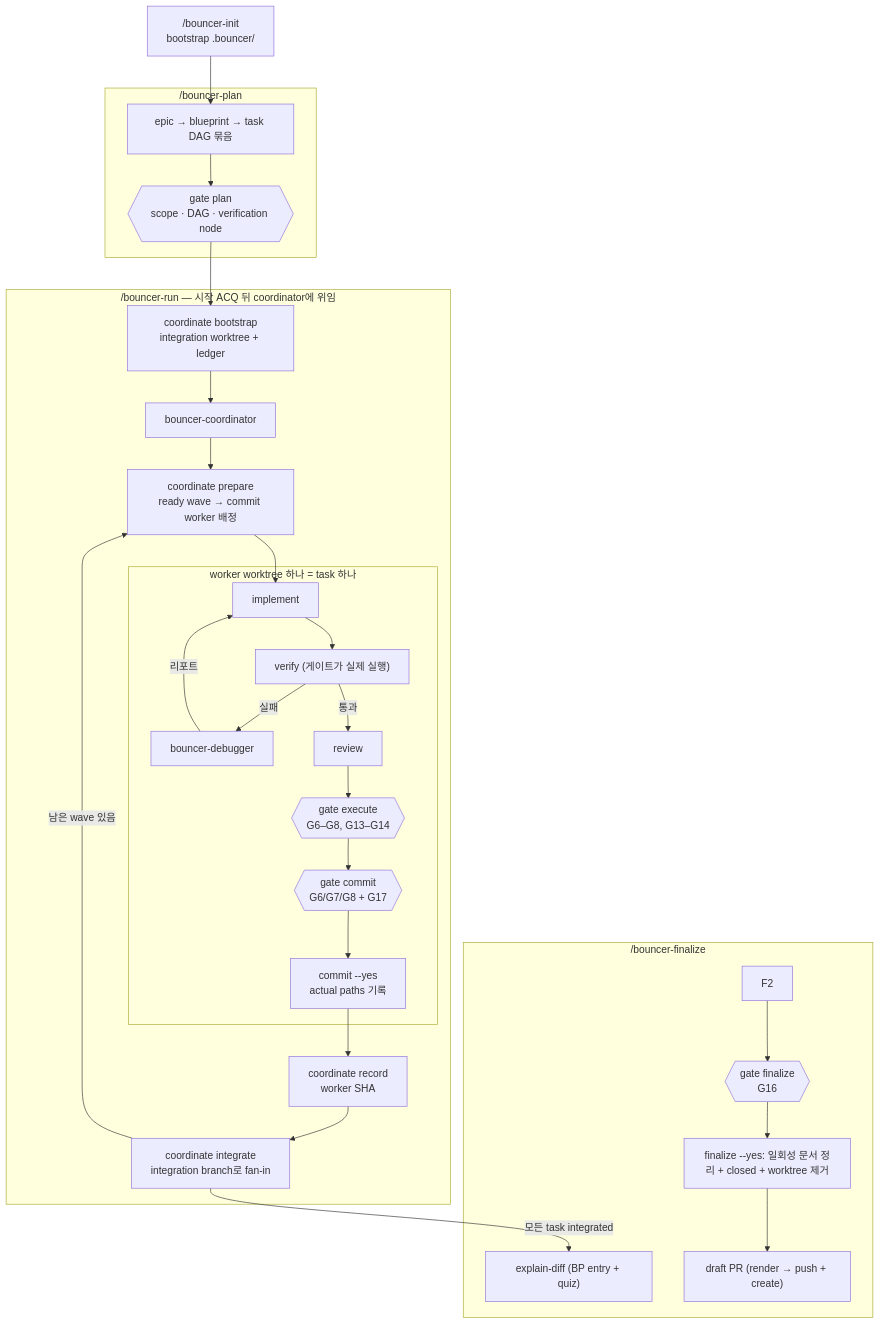
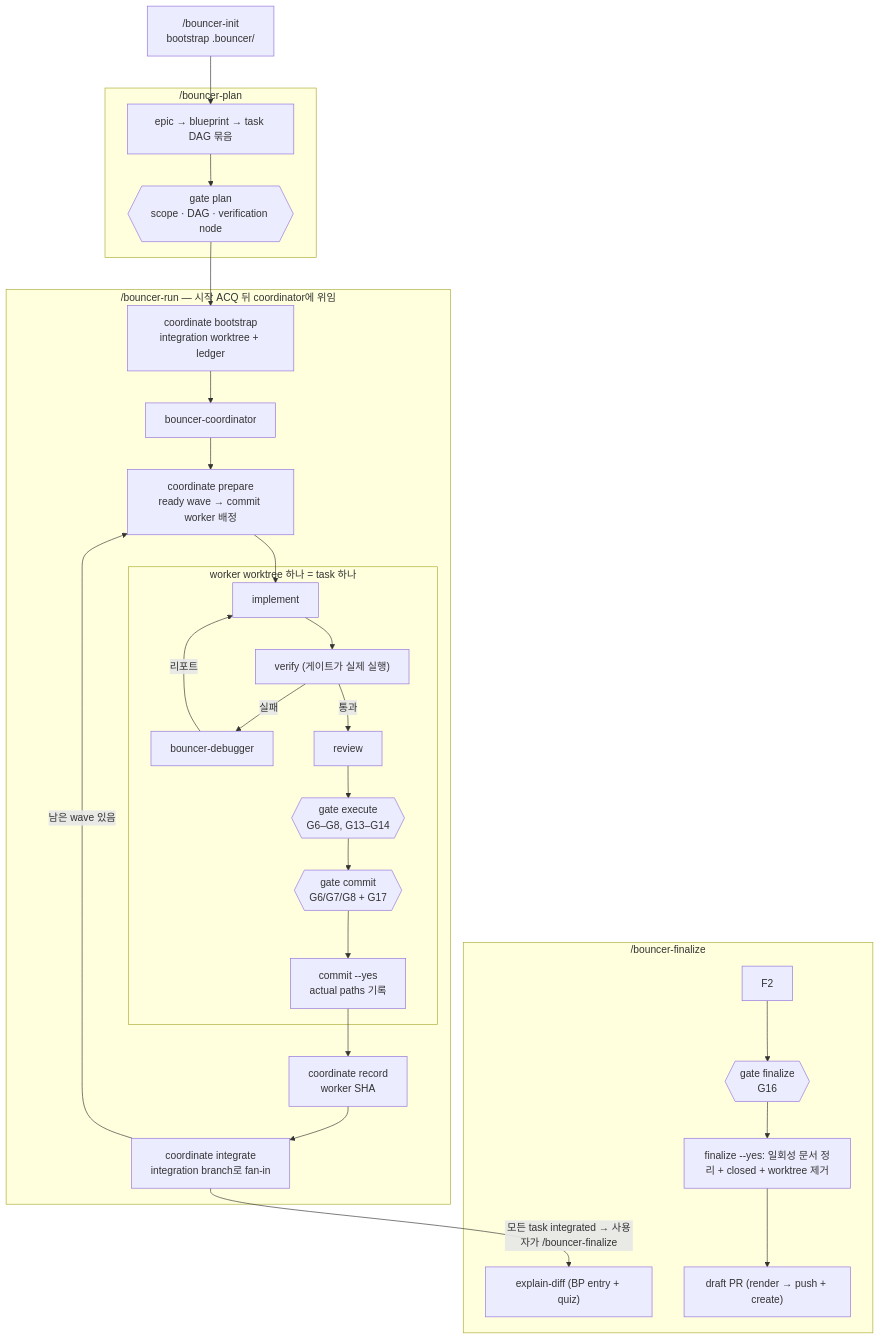
Before and after one commit to cheongfish/bouncer: the diagram in docs/workflow.md, drawn with Mermaid. The commit also changed 8 other files, not shown here.

````diff
--- a/docs/workflow.md
+++ b/docs/workflow.md
@@ -42,39 +42,39 @@
 ```mermaid
 flowchart TD
     BI["/bouncer-init<br/>bootstrap .bouncer/"]
 
     subgraph PLAN["/bouncer-plan"]
         P1["epic → blueprint → task DAG 묶음"] --> P2{{"gate plan<br/>scope · DAG · verification node"}}
     end
 
     subgraph RUN["/bouncer-run — 시작 ACQ 뒤 coordinator에 위임"]
         R1["coordinate bootstrap<br/>integration worktree + ledger"] --> R2["bouncer-coordinator"]
         R2 --> R3["coordinate prepare<br/>ready wave → commit worker 배정"]
 
         subgraph WORK["worker worktree 하나 = task 하나"]
             E1["implement"] --> E2["verify (게이트가 실제 실행)"]
             E2 -- 실패 --> E3["bouncer-debugger"]
             E3 -- 리포트 --> E1
             E2 -- 통과 --> E4["review"]
             E4 --> E5{{"gate execute<br/>G6–G8, G13–G14"}}
             E5 --> C1{{"gate commit<br/>G6/G7/G8 + G17"}}
             C1 --> C2["commit --yes<br/>actual paths 기록"]
         end
 
         R3 --> E1
         C2 --> R4["coordinate record<br/>worker SHA"]
         R4 --> R5["coordinate integrate<br/>integration branch로 fan-in"]
         R5 -- "남은 wave 있음" --> R3
     end
 
     subgraph FIN["/bouncer-finalize"]
         F1["explain-diff (BP entry + quiz)"]
         F2 --> F3{{"gate finalize<br/>G16"}}
         F3 --> F4["finalize --yes: 일회성 문서 정리 + closed + worktree 제거"]
         F4 --> F5["draft PR (render → push + create)"]
     end
 
     BI --> P1
     P2 --> R1
-    R5 -- "모든 task integrated" --> F1
+    R5 -- "모든 task integrated → 사용자가 /bouncer-finalize" --> F1
 ```
````
